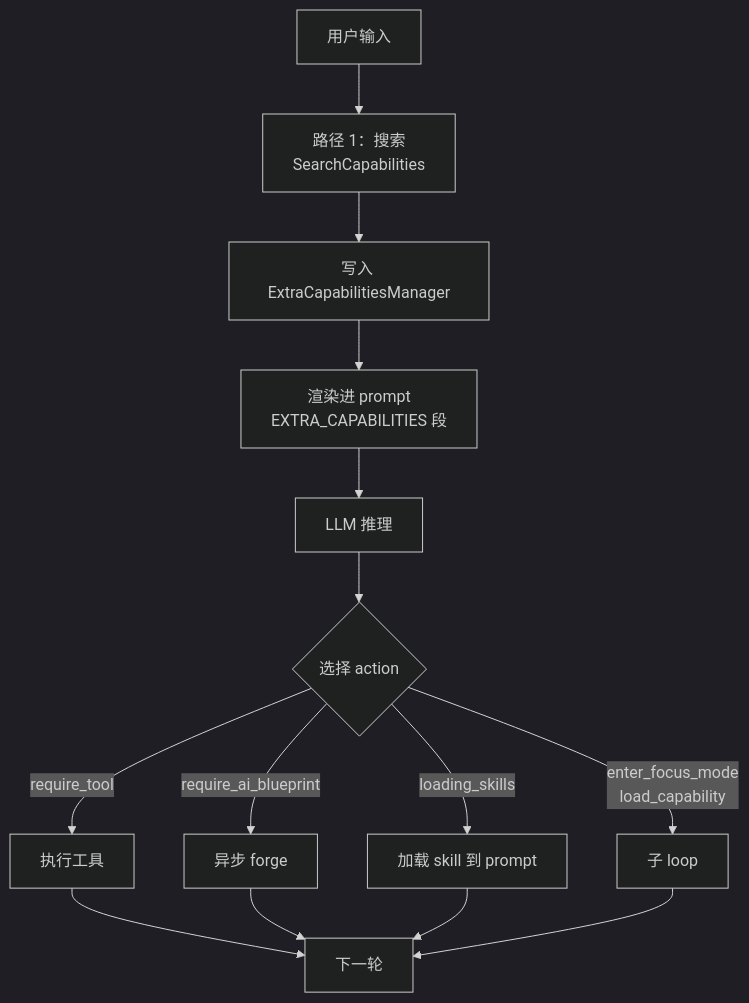
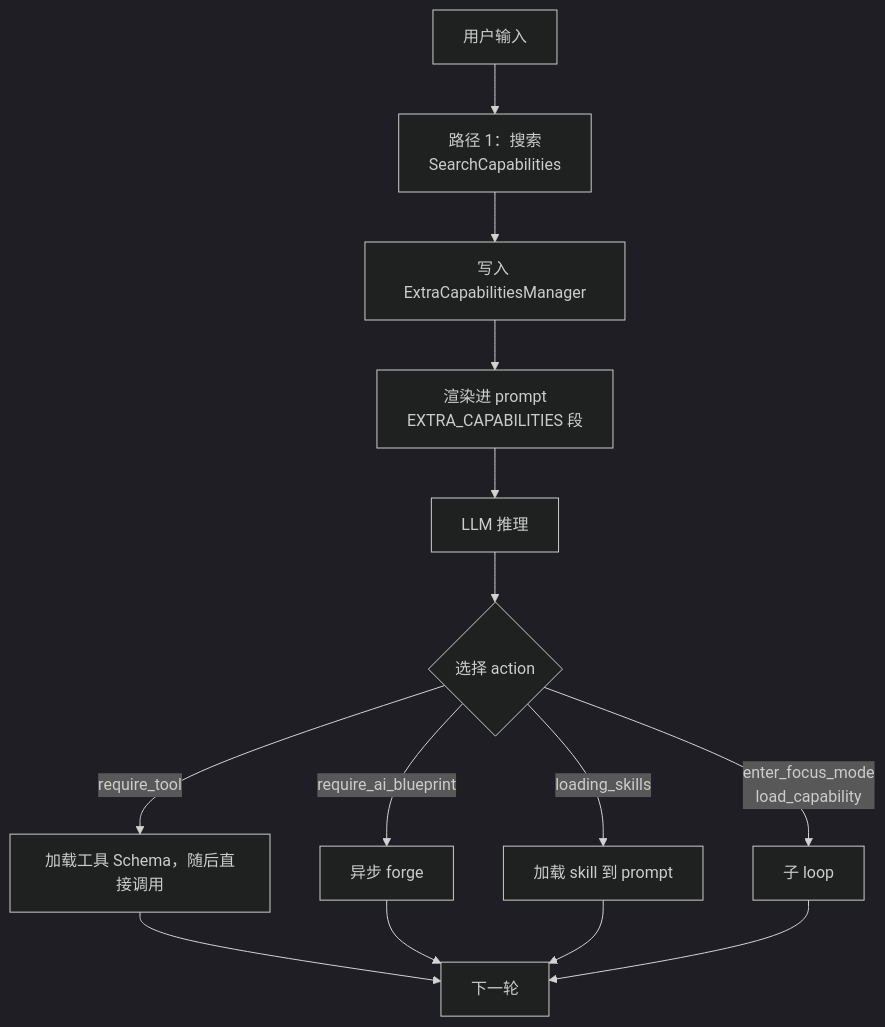
Before and after one commit to yaklang/yaklang: the fourth of 4 diagrams in common/ai/aid/aireact/reactloops/docs/09-capabilities.md, drawn with Mermaid (dark theme). The commit also changed other lines of this file and 16 other files, not shown here.

Commit message:
fix(ai): load capability schemas and retry explicit tool calls

````diff
--- a/common/ai/aid/aireact/reactloops/docs/09-capabilities.md
+++ b/common/ai/aid/aireact/reactloops/docs/09-capabilities.md
@@ -327,16 +326,16 @@
 ```mermaid
 flowchart TD
     Start["用户输入"] --> Match["路径 1：搜索<br/>SearchCapabilities"]
     Match --> ECM["写入 ExtraCapabilitiesManager"]
     ECM --> Prompt["渲染进 prompt<br/>EXTRA_CAPABILITIES 段"]
     Prompt --> LLM["LLM 推理"]
     LLM --> Choice{"选择 action"}
-    Choice -->|require_tool| Tool["执行工具"]
+    Choice -->|require_tool| Tool["加载工具 Schema，随后直接调用"]
     Choice -->|require_ai_blueprint| Forge["异步 forge"]
     Choice -->|loading_skills| Skill["加载 skill 到 prompt"]
     Choice -->|enter_focus_mode<br/>load_capability| Sub["子 loop"]
     Tool --> Next["下一轮"]
     Forge --> Next
     Skill --> Next
     Sub --> Next
 ```
````
